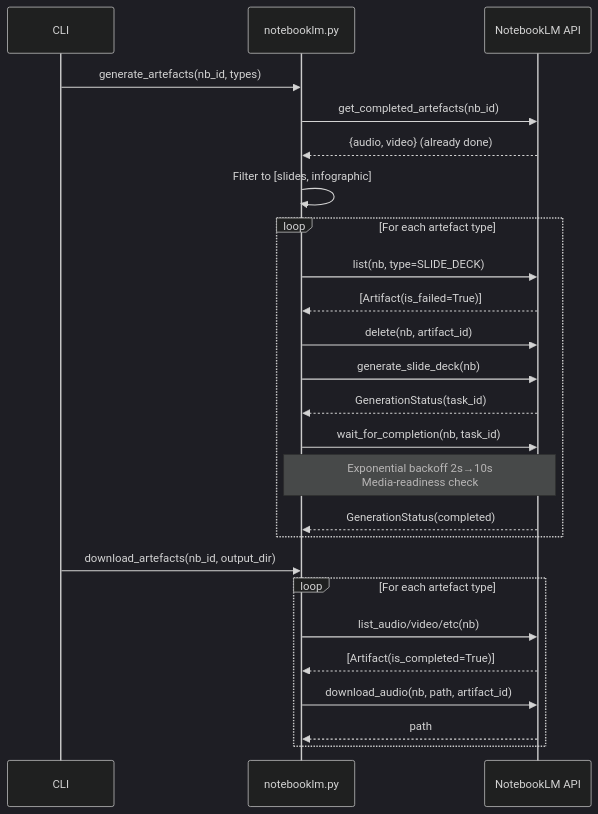
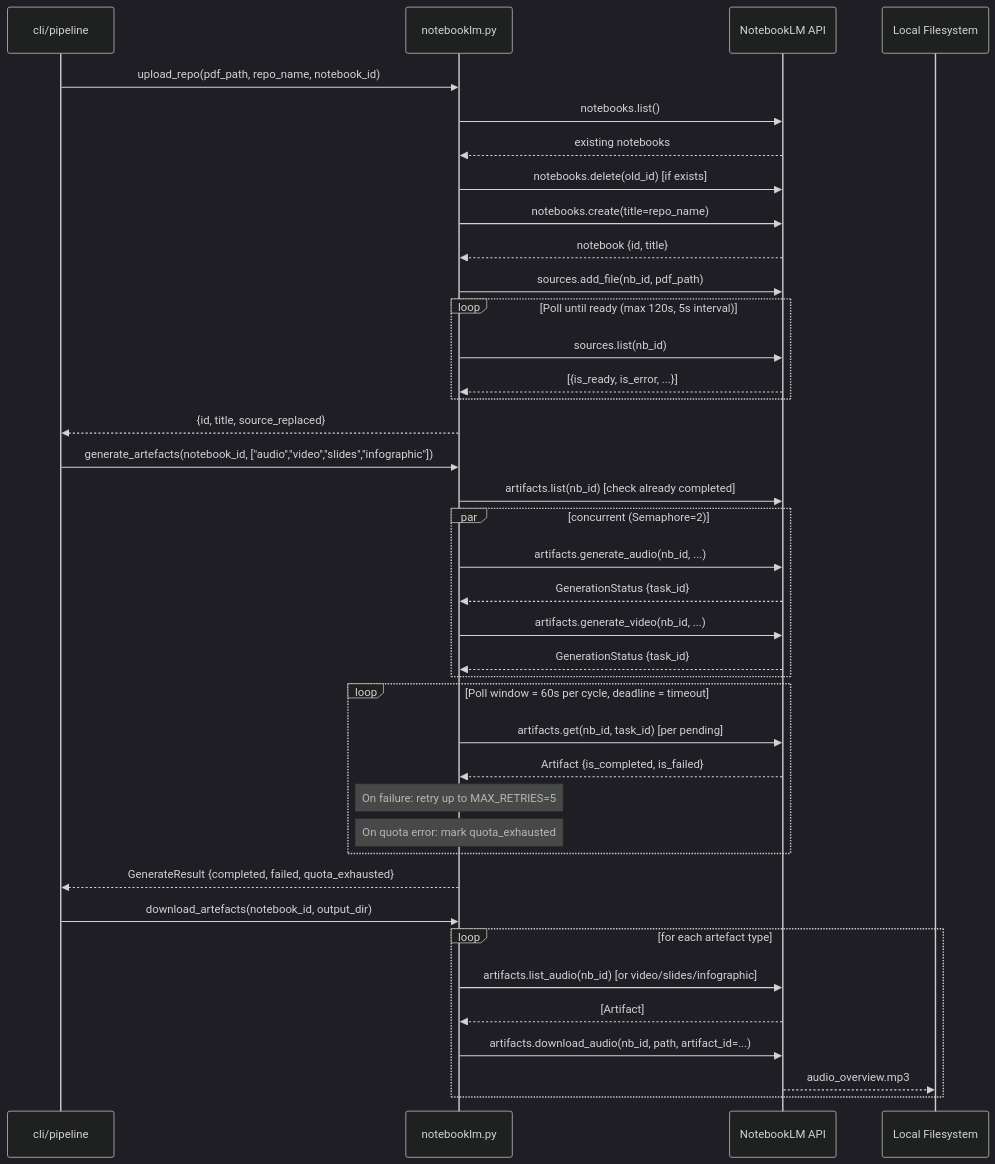
The fourth of 9 diagrams in docs/codemap.md (NetDevAutomate/notebooklm-repo-artefacts), drawn with Mermaid (dark theme) before and after one commit. The commit also changed other lines of this file and 9 other files, not shown here.

First line of the commit message:
docs: comprehensive documentation overhaul with C4 architecture and runbooks

````diff
--- a/docs/codemap.md
+++ b/docs/codemap.md
@@ -187,30 +668,44 @@
 ```mermaid
 sequenceDiagram
-    participant CLI
+    participant CLI as cli/pipeline
     participant NLM as notebooklm.py
     participant API as NotebookLM API
+    participant FS as Local Filesystem
 
-    CLI->>NLM: generate_artefacts(nb_id, types)
-    NLM->>API: get_completed_artefacts(nb_id)
-    API-->>NLM: {audio, video} (already done)
-    NLM->>NLM: Filter to [slides, infographic]
+    CLI->>NLM: upload_repo(pdf_path, repo_name, notebook_id)
+    NLM->>API: notebooks.list()
+    API-->>NLM: existing notebooks
+    NLM->>API: notebooks.delete(old_id) [if exists]
+    NLM->>API: notebooks.create(title=repo_name)
+    API-->>NLM: notebook {id, title}
+    NLM->>API: sources.add_file(nb_id, pdf_path)
+    loop Poll until ready (max 120s, 5s interval)
+        NLM->>API: sources.list(nb_id)
+        API-->>NLM: [{is_ready, is_error, ...}]
+    end
+    NLM-->>CLI: {id, title, source_replaced}
 
-    loop For each artefact type
-        NLM->>API: list(nb, type=SLIDE_DECK)
-        API-->>NLM: [Artifact(is_failed=True)]
-        NLM->>API: delete(nb, artifact_id)
-        NLM->>API: generate_slide_deck(nb)
-        API-->>NLM: GenerationStatus(task_id)
-        NLM->>API: wait_for_completion(nb, task_id)
-        Note over NLM,API: Exponential backoff 2s→10s<br/>Media-readiness check
-        API-->>NLM: GenerationStatus(completed)
+    CLI->>NLM: generate_artefacts(notebook_id, ["audio","video","slides","infographic"])
+    NLM->>API: artifacts.list(nb_id) [check already completed]
+    par concurrent (Semaphore=2)
+        NLM->>API: artifacts.generate_audio(nb_id, ...)
+        API-->>NLM: GenerationStatus {task_id}
+        NLM->>API: artifacts.generate_video(nb_id, ...)
+        API-->>NLM: GenerationStatus {task_id}
     end
+    loop Poll window = 60s per cycle, deadline = timeout
+        NLM->>API: artifacts.get(nb_id, task_id) [per pending]
+        API-->>NLM: Artifact {is_completed, is_failed}
+        Note over NLM: On failure: retry up to MAX_RETRIES=5
+        Note over NLM: On quota error: mark quota_exhausted
+    end
+    NLM-->>CLI: GenerateResult {completed, failed, quota_exhausted}
 
-    CLI->>NLM: download_artefacts(nb_id, output_dir)
-    loop For each artefact type
-        NLM->>API: list_audio/video/etc(nb)
-        API-->>NLM: [Artifact(is_completed=True)]
-        NLM->>API: download_audio(nb, path, artifact_id)
-        API-->>NLM: path
+    CLI->>NLM: download_artefacts(notebook_id, output_dir)
+    loop for each artefact type
+        NLM->>API: artifacts.list_audio(nb_id) [or video/slides/infographic]
+        API-->>NLM: [Artifact]
+        NLM->>API: artifacts.download_audio(nb_id, path, artifact_id=...)
+        API-->>FS: audio_overview.mp3
     end
 ```
````
